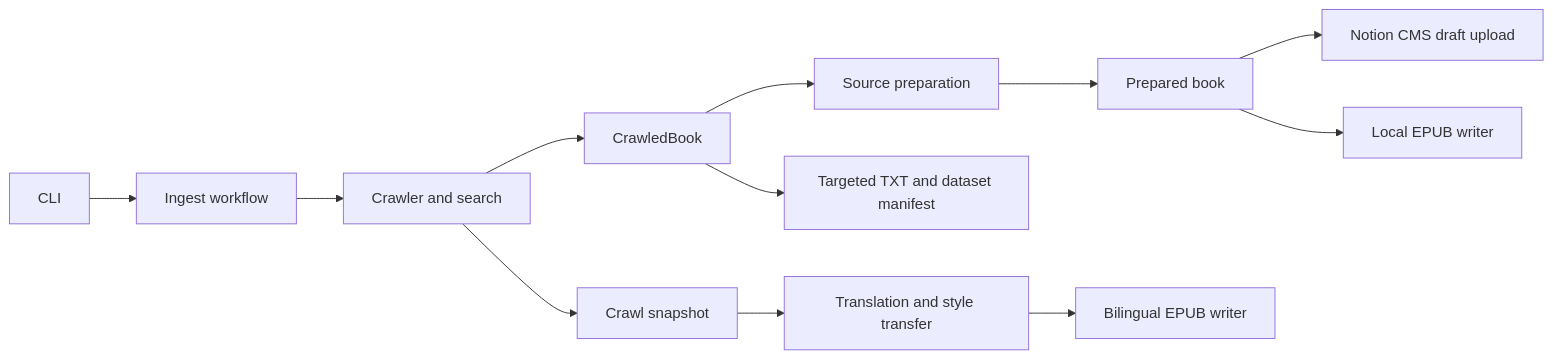
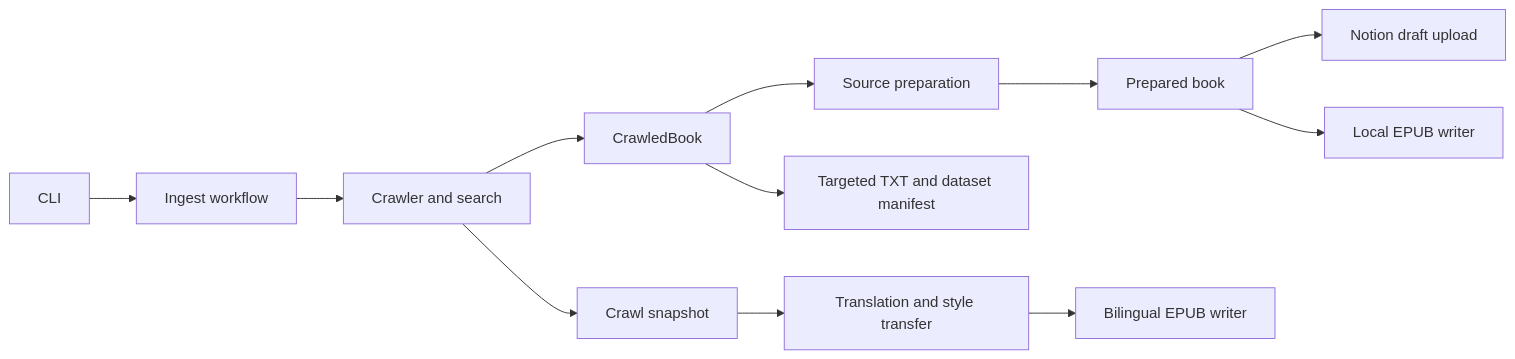
The diagram in docs/architecture.md (Astatine-213-Tian/epub-creator-from-web), drawn with Mermaid before and after one commit. The commit also changed other lines of this file and 9 other files, not shown here.

````diff
--- a/docs/architecture.md
+++ b/docs/architecture.md
@@ -7,14 +7,14 @@
 ```mermaid
 flowchart LR
     CLI[CLI] --> Workflow[Ingest workflow]
     Workflow --> Crawler[Crawler and search]
     Crawler --> Raw[CrawledBook]
     Raw --> Content[Source preparation]
     Content --> Draft[Prepared book]
-    Draft --> Notion[Notion CMS draft upload]
+    Draft --> Notion[Notion draft upload]
     Draft --> EPUB[Local EPUB writer]
     Raw --> Dataset[Targeted TXT and dataset manifest]
     Crawler --> Snapshot[Crawl snapshot]
     Snapshot --> Translation[Translation and style transfer]
     Translation --> Bilingual[Bilingual EPUB writer]
 ```
````
